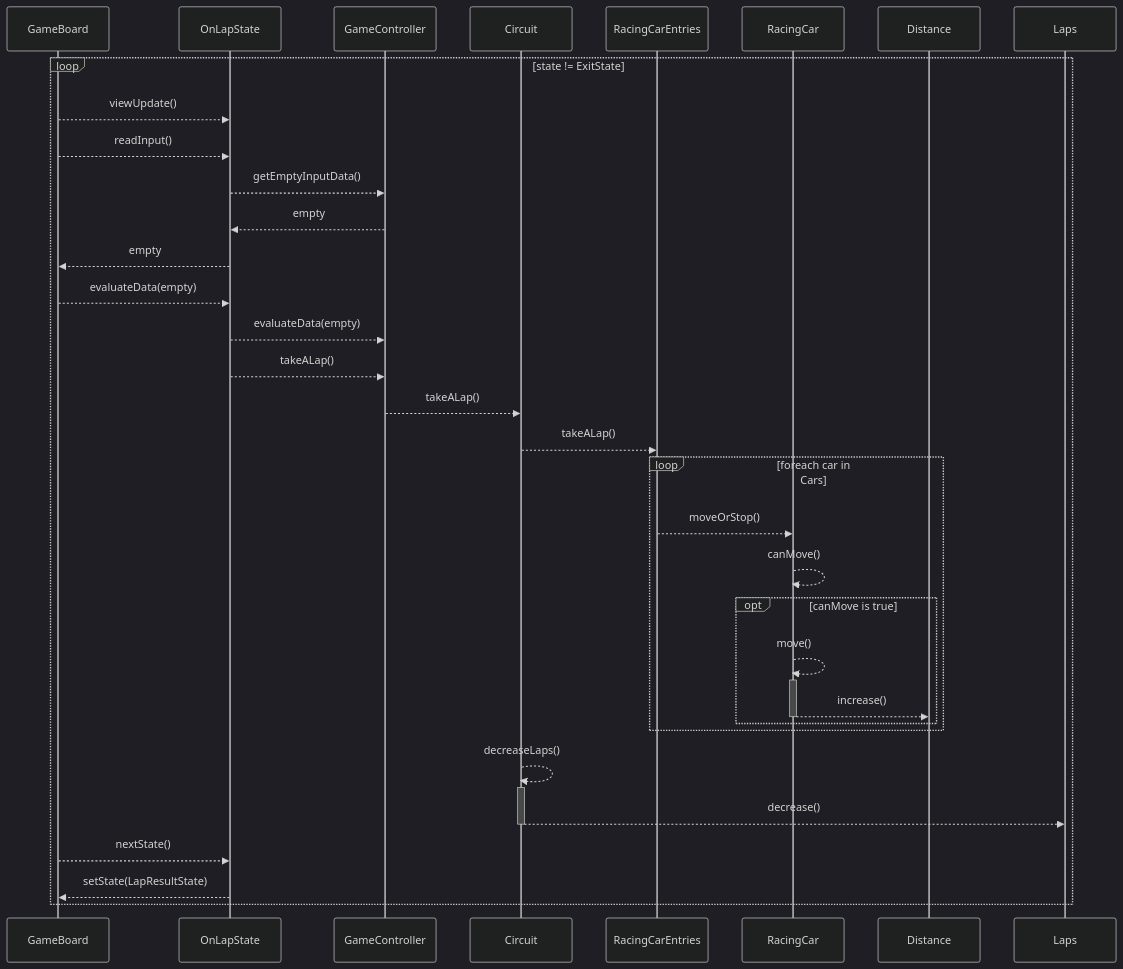
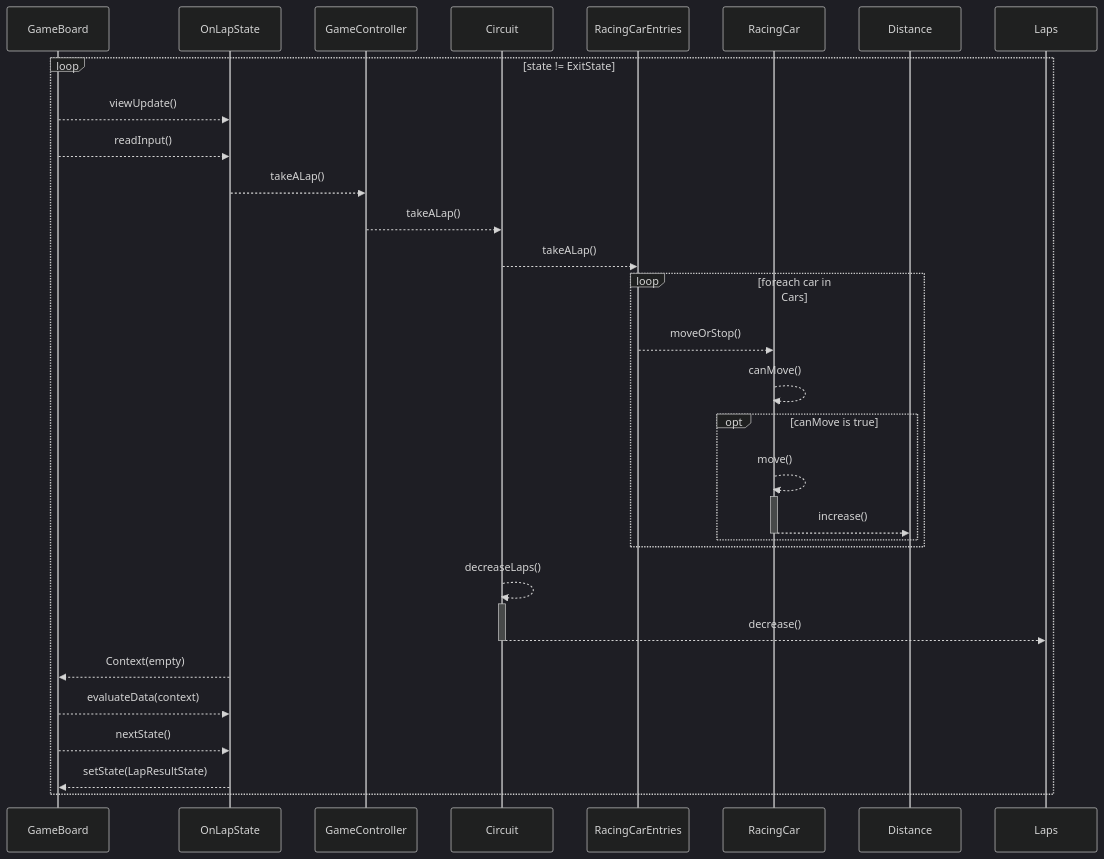
The fifth of 8 diagrams in docs/sequence_diagram.md (digiry/java-racingcar-precourse), drawn with Mermaid (dark theme) before and after one commit. The commit also changed other lines of this file and 2 other files, not shown here.

Commit message:
docs: remove getEmptyInputData

````diff
--- a/docs/sequence_diagram.md
+++ b/docs/sequence_diagram.md
@@ -163,32 +161,30 @@
 ```mermaid
 sequenceDiagram
     loop state != ExitState
         GameBoard -->> OnLapState : viewUpdate()
 
         GameBoard -->> OnLapState : readInput()
-        OnLapState -->> GameController : getEmptyInputData()
-        GameController -->> OnLapState : empty
-        OnLapState -->> GameBoard : empty
 
-        GameBoard -->> OnLapState : evaluateData(empty)
-        OnLapState -->> GameController : evaluateData(empty)
         OnLapState -->> GameController : takeALap()
         GameController -->> Circuit : takeALap()
         Circuit -->> RacingCarEntries : takeALap()
 
         loop foreach car in Cars
             RacingCarEntries -->> RacingCar : moveOrStop()
             RacingCar -->> RacingCar : canMove()
             opt canMove is true
                 RacingCar -->>+ RacingCar : move()
                 RacingCar -->>- Distance : increase()
             end
         end 
 
         Circuit -->>+ Circuit : decreaseLaps()
         Circuit -->>- Laps : decrease()
+        OnLapState -->> GameBoard : Context(empty)
+
+        GameBoard -->> OnLapState : evaluateData(context)
 
         GameBoard -->> OnLapState : nextState()
         OnLapState -->> GameBoard : setState(LapResultState)
     end
 ```
````
